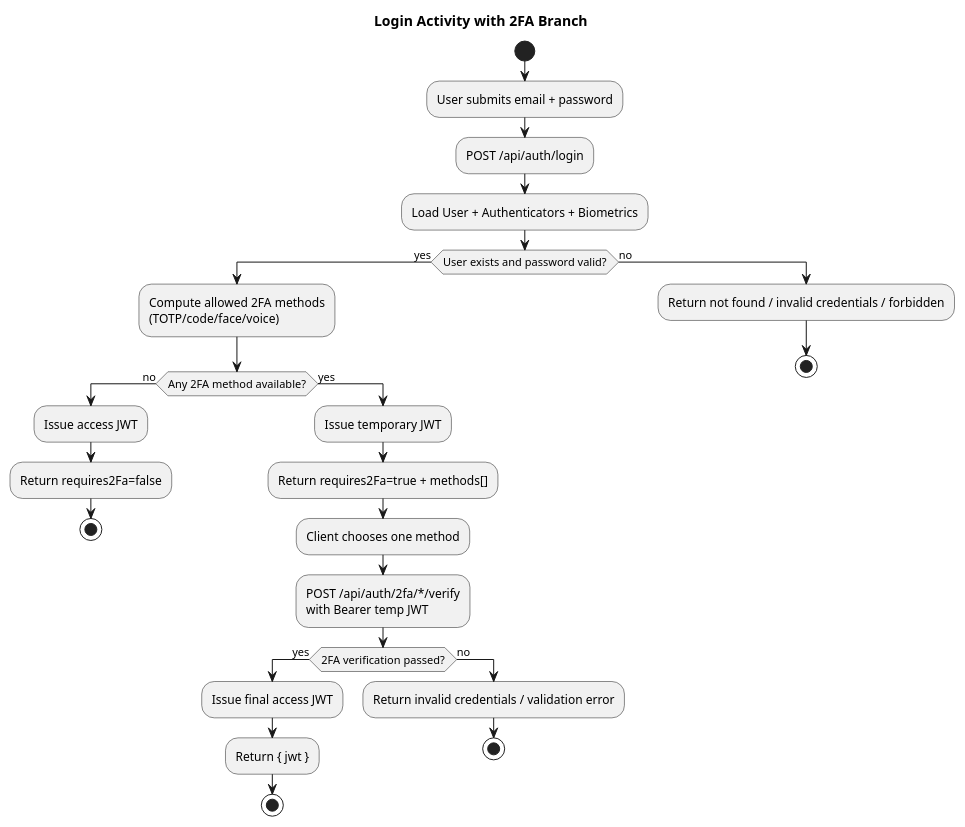
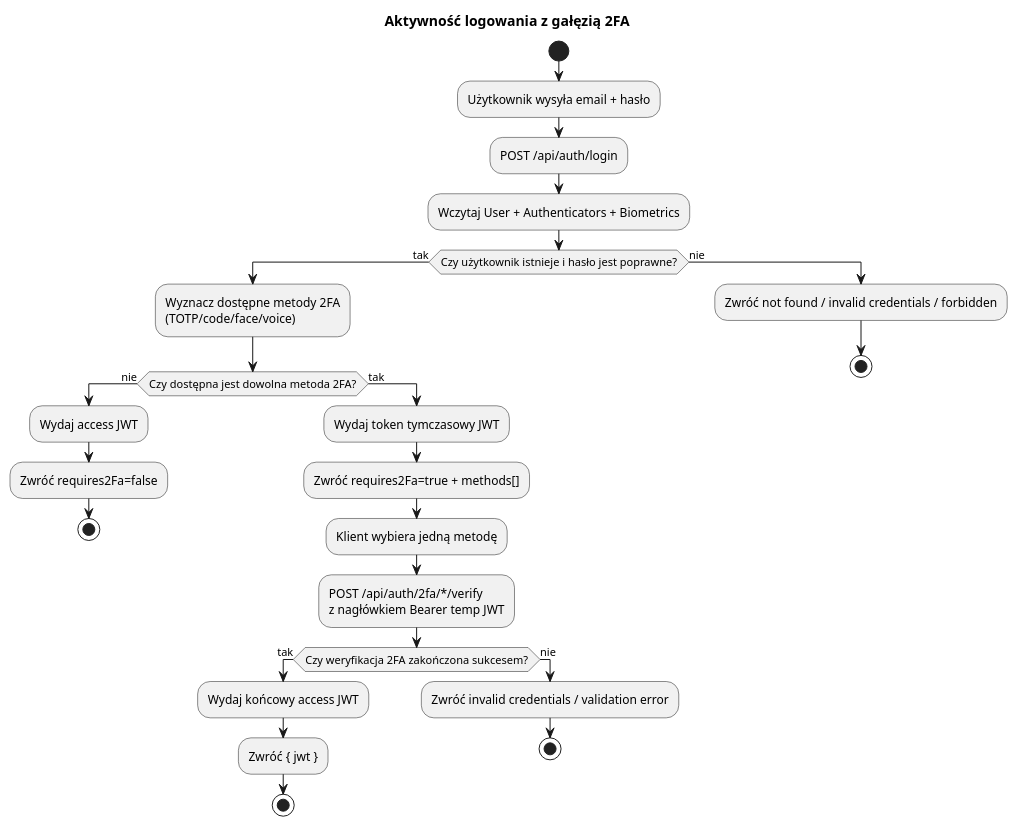
Before and after one commit to nozbieg/SmartAuth: the diagram in docs/diagrams/plantuml/05-activity-login.puml, drawn with PlantUML. The commit also changed 11 other files, not shown here.

Commit message:
Translate diagrams documentation to Polish

```diff
--- a/docs/diagrams/plantuml/05-activity-login.puml
+++ b/docs/diagrams/plantuml/05-activity-login.puml
@@ -1,36 +1,36 @@
 @startuml
 skinparam shadowing false
-title Login Activity with 2FA Branch
+title Aktywność logowania z gałęzią 2FA
 
 start
-:User submits email + password;
+:Użytkownik wysyła email + hasło;
 :POST /api/auth/login;
-:Load User + Authenticators + Biometrics;
+:Wczytaj User + Authenticators + Biometrics;
 
-if (User exists and password valid?) then (yes)
-  :Compute allowed 2FA methods\n(TOTP/code/face/voice);
+if (Czy użytkownik istnieje i hasło jest poprawne?) then (tak)
+  :Wyznacz dostępne metody 2FA\n(TOTP/code/face/voice);
 
-  if (Any 2FA method available?) then (no)
-    :Issue access JWT;
-    :Return requires2Fa=false;
+  if (Czy dostępna jest dowolna metoda 2FA?) then (nie)
+    :Wydaj access JWT;
+    :Zwróć requires2Fa=false;
     stop
-  else (yes)
-    :Issue temporary JWT;
-    :Return requires2Fa=true + methods[];
-    :Client chooses one method;
-    :POST /api/auth/2fa/*/verify\nwith Bearer temp JWT;
+  else (tak)
+    :Wydaj token tymczasowy JWT;
+    :Zwróć requires2Fa=true + methods[];
+    :Klient wybiera jedną metodę;
+    :POST /api/auth/2fa/*/verify\nz nagłówkiem Bearer temp JWT;
 
-    if (2FA verification passed?) then (yes)
-      :Issue final access JWT;
-      :Return { jwt };
+    if (Czy weryfikacja 2FA zakończona sukcesem?) then (tak)
+      :Wydaj końcowy access JWT;
+      :Zwróć { jwt };
       stop
-    else (no)
-      :Return invalid credentials / validation error;
+    else (nie)
+      :Zwróć invalid credentials / validation error;
       stop
     endif
   endif
-else (no)
-  :Return not found / invalid credentials / forbidden;
+else (nie)
+  :Zwróć not found / invalid credentials / forbidden;
   stop
 endif
 @enduml
```
